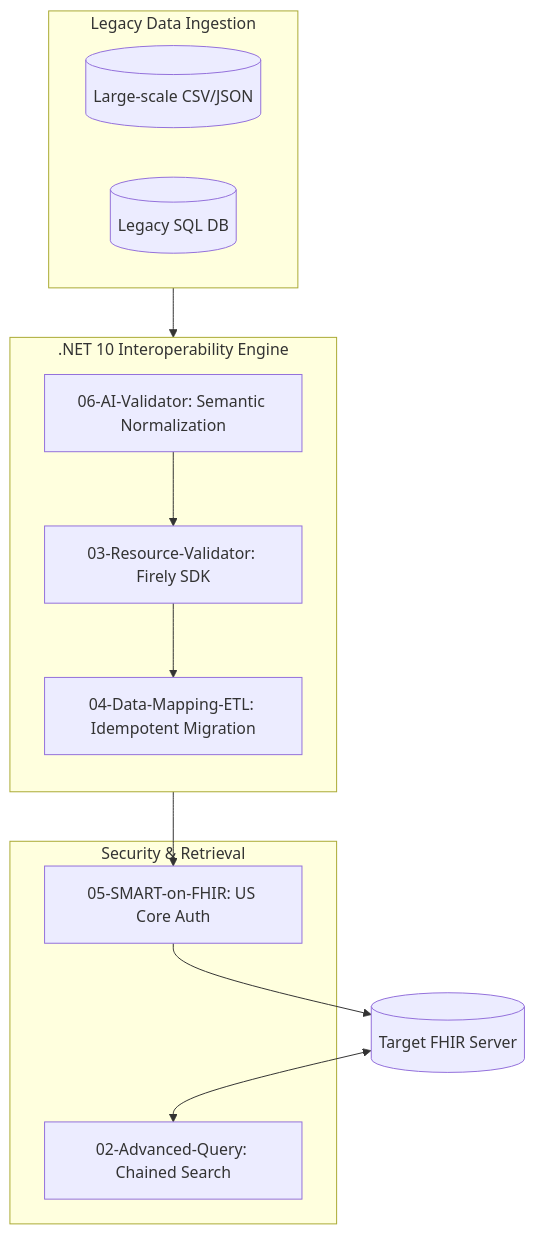
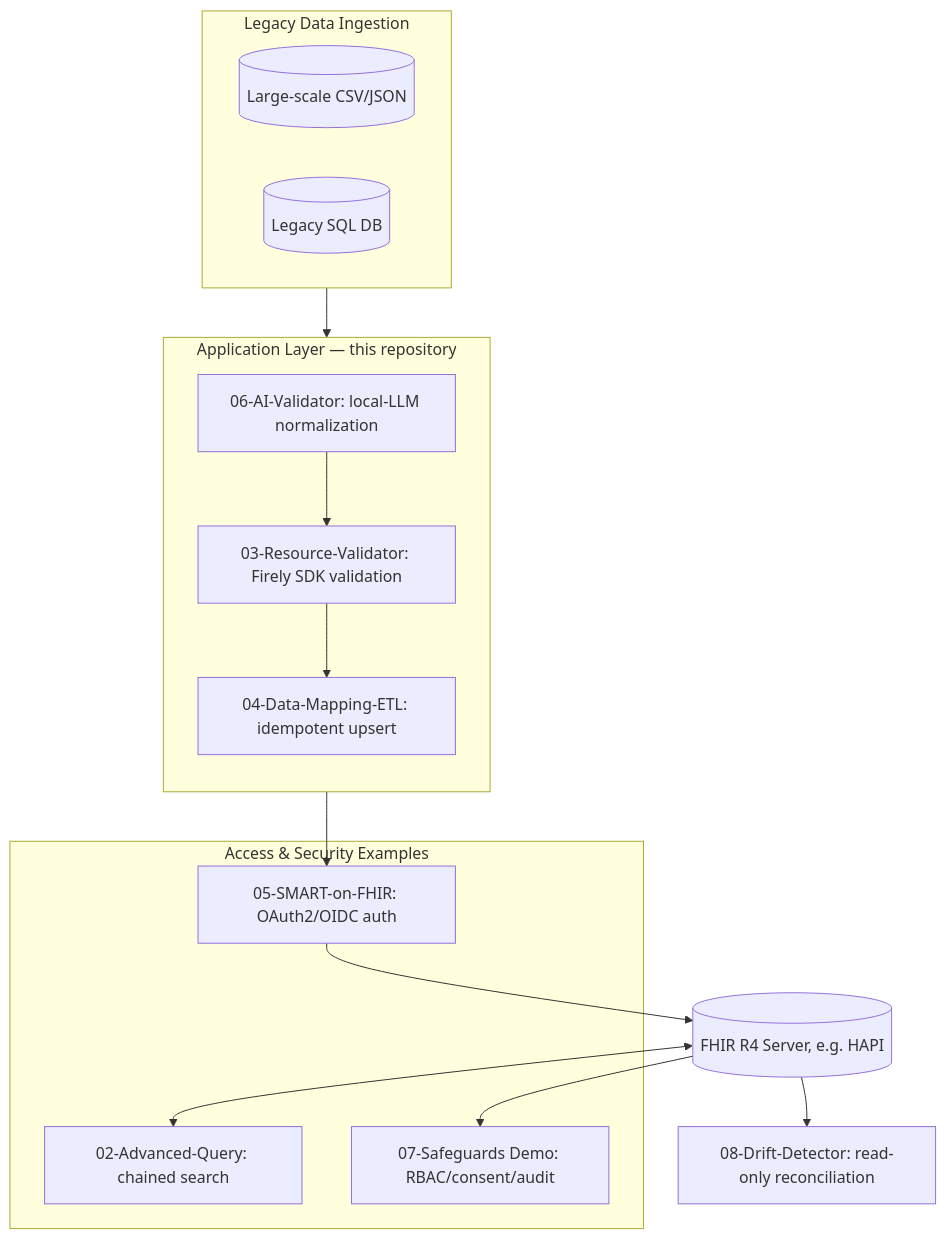
Before and after one commit to memoryfraction/HealthData-Interoperability-Csharp: the first of 2 diagrams in README.md, drawn with Mermaid. The commit also changed other lines of this file and 18 other files, not shown here.

````diff
--- a/README.md
+++ b/README.md
@@ -31,27 +25,30 @@
 ```mermaid
 graph TD
     subgraph Data_Sources [Legacy Data Ingestion]
         DS1[(Large-scale CSV/JSON)]
         DS2[(Legacy SQL DB)]
     end
 
-    subgraph Core_Engine [.NET 10 Interoperability Engine]
+    subgraph This_Repo [Application Layer — this repository]
         direction TB
-        M06[06-AI-Validator: Semantic Normalization]
-        M03[03-Resource-Validator: Firely SDK]
-        M04[04-Data-Mapping-ETL: Idempotent Migration]
-        
+        M06[06-AI-Validator: local-LLM normalization]
+        M03[03-Resource-Validator: Firely SDK validation]
+        M04[04-Data-Mapping-ETL: idempotent upsert]
+
         M06 --> M03
         M03 --> M04
     end
 
-    subgraph Access_Layer [Security & Retrieval]
-        M05[05-SMART-on-FHIR: US Core Auth]
-        M02[02-Advanced-Query: Chained Search]
+    subgraph Access_Layer [Access & Security Examples]
+        M05[05-SMART-on-FHIR: OAuth2/OIDC auth]
+        M02[02-Advanced-Query: chained search]
+        M07[07-Safeguards Demo: RBAC/consent/audit]
     end
 
     Data_Sources --> M06
     M04 --> M05
-    M05 --> FHIR_Server[(Target FHIR Server)]
+    M05 --> FHIR_Server[(FHIR R4 Server, e.g. HAPI)]
     FHIR_Server <--> M02
+    FHIR_Server --> M07
+    FHIR_Server --> M08[08-Drift-Detector: read-only reconciliation]
 ```
````
